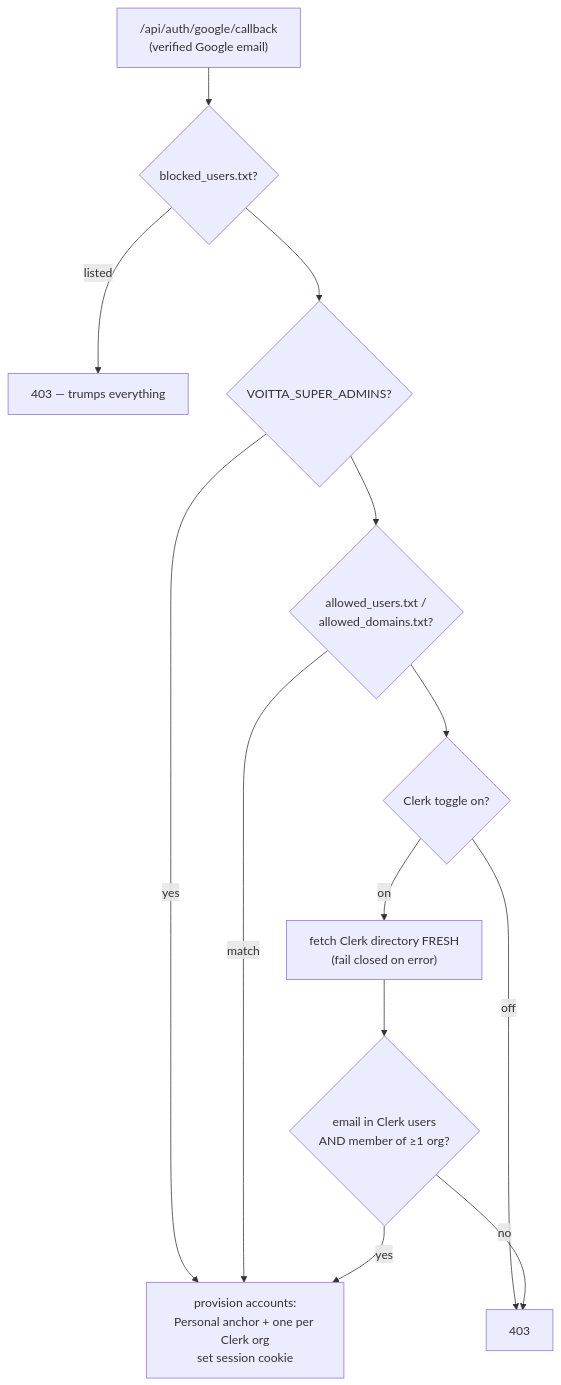
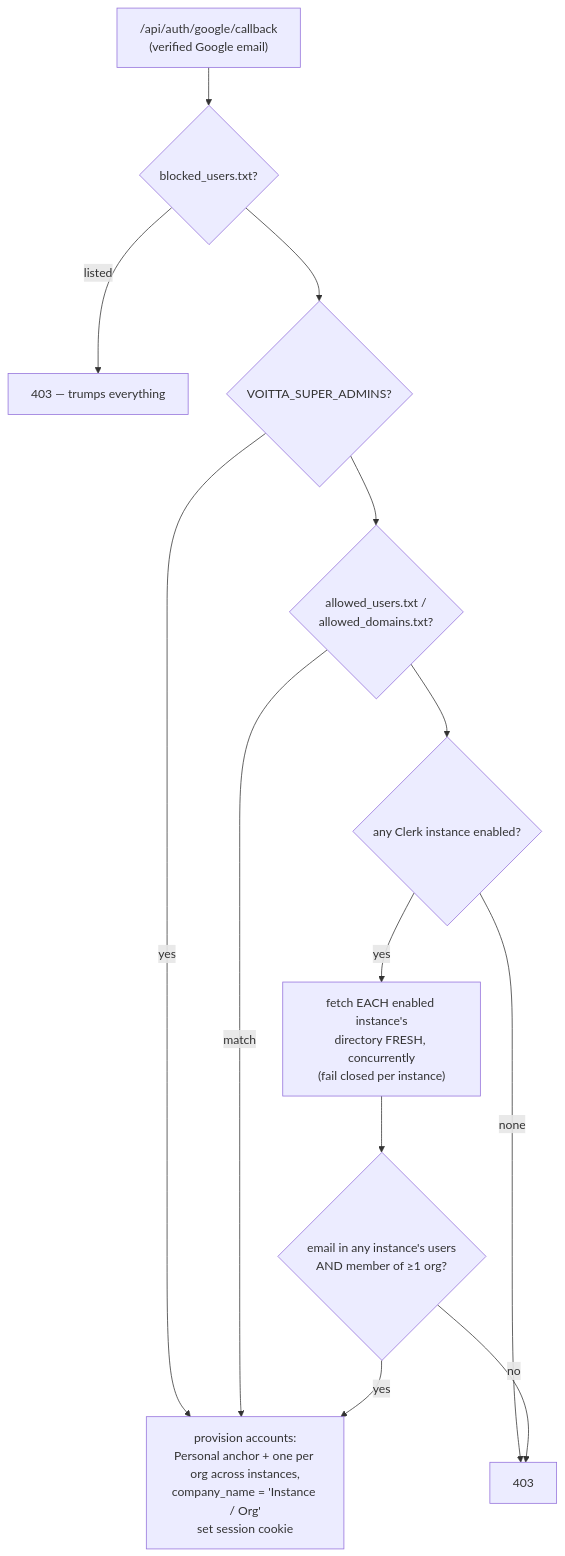
Before and after one commit to voitta-ai/voitta-rag-enterprise: diagram 12 of 21 in docs/OPERATIONS.md, drawn with Mermaid. The commit also changed other lines of this file and 14 other files, not shown here.

````diff
--- a/docs/OPERATIONS.md
+++ b/docs/OPERATIONS.md
@@ -781,15 +812,15 @@
 ```mermaid
 flowchart TB
     CB["/api/auth/google/callback<br/>(verified Google email)"] --> BL{"blocked_users.txt?"}
     BL -->|listed| DENY["403 — trumps everything"]
     BL --> SA{"VOITTA_SUPER_ADMINS?"}
     SA -->|yes| ADMIT
     SA --> NAT{"allowed_users.txt /<br/>allowed_domains.txt?"}
     NAT -->|match| ADMIT
-    NAT --> CK{"Clerk toggle on?"}
-    CK -->|off| DENY2["403"]
-    CK -->|on| FETCH["fetch Clerk directory FRESH<br/>(fail closed on error)"]
-    FETCH --> M{"email in Clerk users<br/>AND member of ≥1 org?"}
-    M -->|yes| ADMIT["provision accounts:<br/>Personal anchor + one per Clerk org<br/>set session cookie"]
+    NAT --> CK{"any Clerk instance enabled?"}
+    CK -->|none| DENY2["403"]
+    CK -->|yes| FETCH["fetch EACH enabled instance's<br/>directory FRESH, concurrently<br/>(fail closed per instance)"]
+    FETCH --> M{"email in any instance's users<br/>AND member of ≥1 org?"}
+    M -->|yes| ADMIT["provision accounts:<br/>Personal anchor + one per org across instances,<br/>company_name = 'Instance / Org'<br/>set session cookie"]
     M -->|no| DENY2
 ```
````
